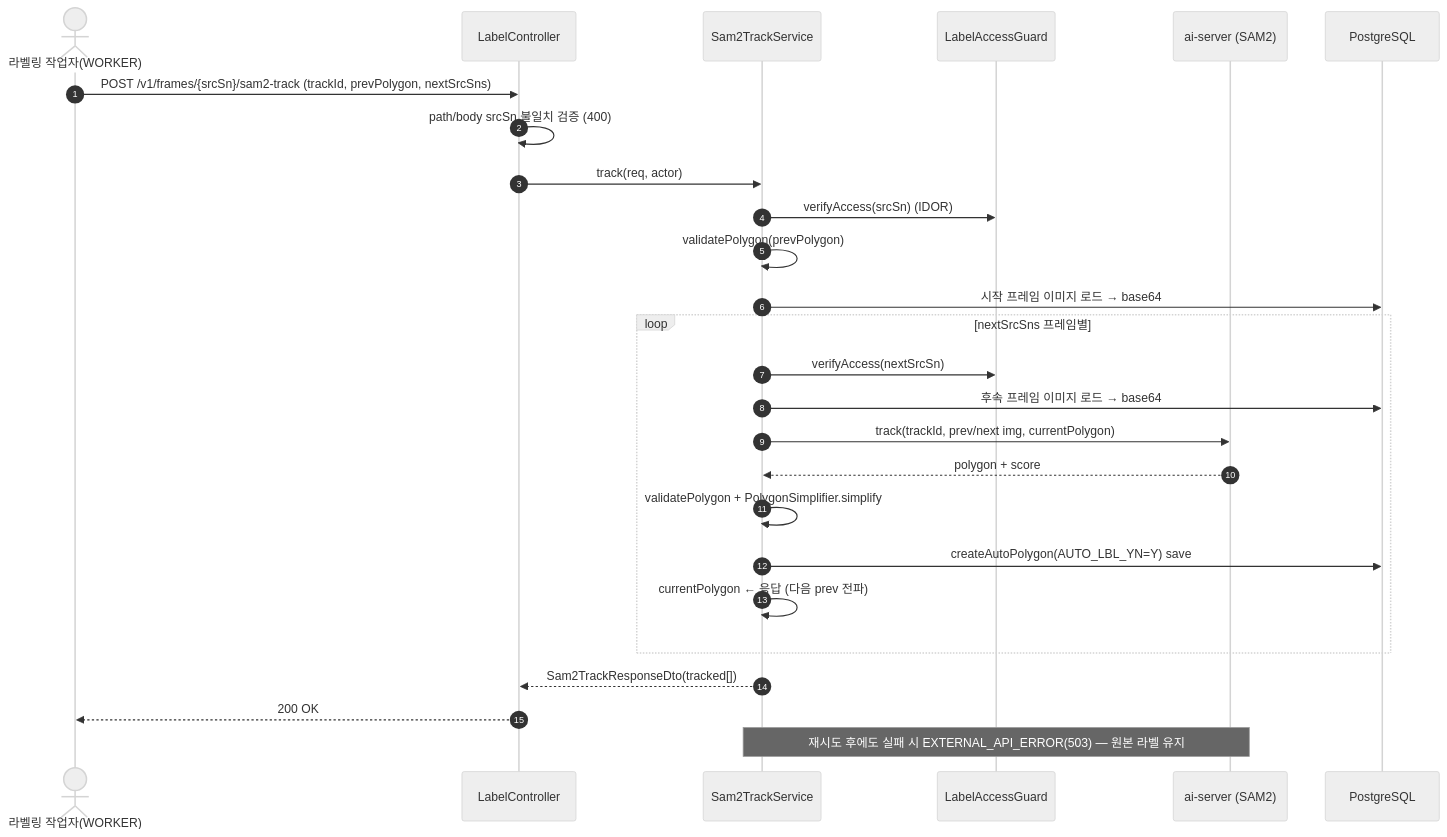
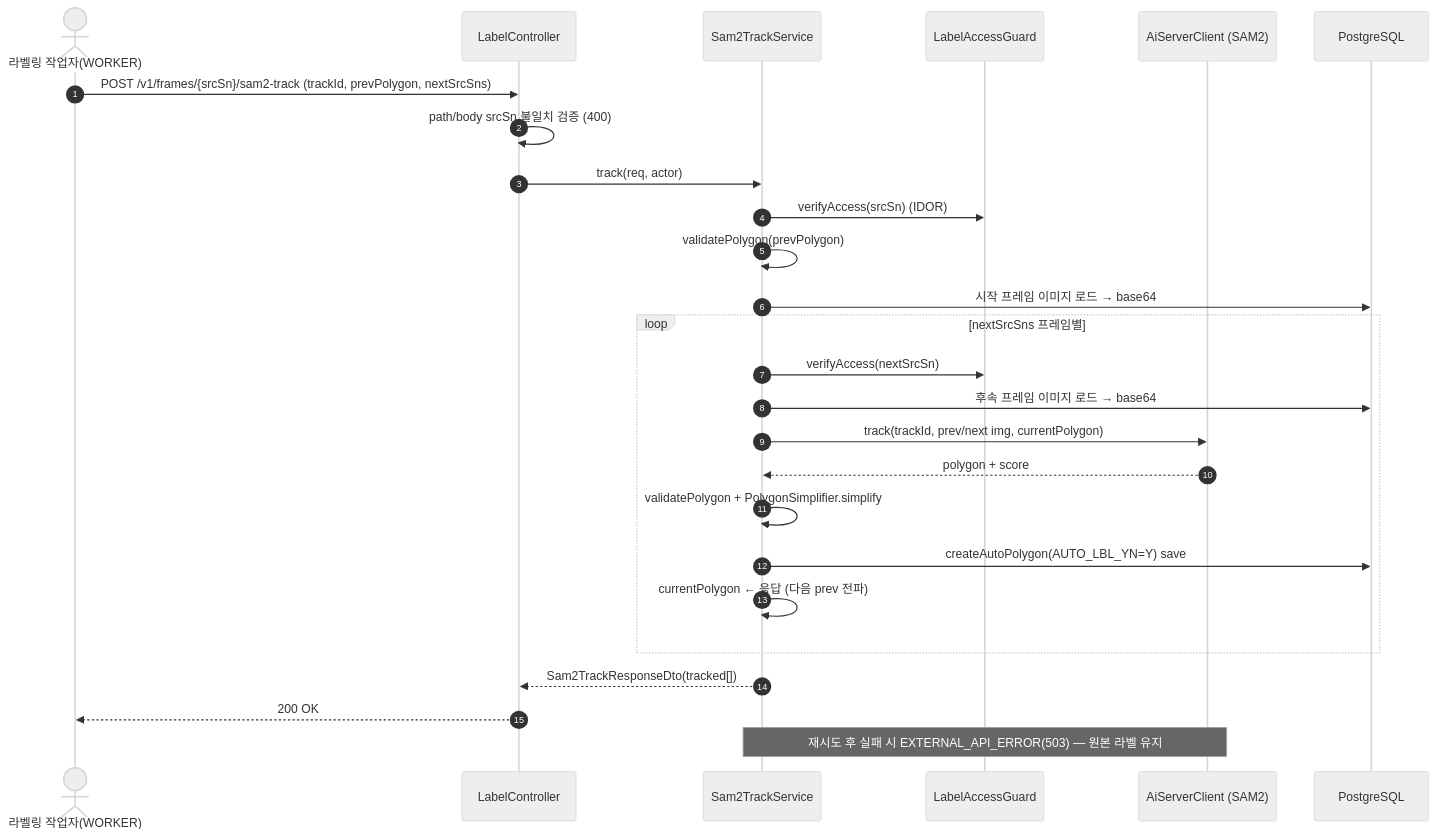
The fourth of 26 diagrams in docs/design/D1-클래스설계서.md (New-stella/klid-label), drawn with Mermaid (neutral theme) before and after one commit. The commit also changed other lines of this file and 6 other files, not shown here.

````diff
--- a/docs/design/D1-클래스설계서.md
+++ b/docs/design/D1-클래스설계서.md
@@ -453,29 +342,28 @@
 ```mermaid
 sequenceDiagram
     autonumber
     actor WK as 라벨링 작업자(WORKER)
     participant LC as LabelController
     participant STS as Sam2TrackService
     participant AG as LabelAccessGuard
-    participant AI as ai-server (SAM2)
+    participant AI as AiServerClient (SAM2)
     participant DB as PostgreSQL
-
     WK->>LC: POST /v1/frames/{srcSn}/sam2-track (trackId, prevPolygon, nextSrcSns)
     LC->>LC: path/body srcSn 불일치 검증 (400)
     LC->>STS: track(req, actor)
     STS->>AG: verifyAccess(srcSn) (IDOR)
     STS->>STS: validatePolygon(prevPolygon)
     STS->>DB: 시작 프레임 이미지 로드 → base64
     loop nextSrcSns 프레임별
         STS->>AG: verifyAccess(nextSrcSn)
         STS->>DB: 후속 프레임 이미지 로드 → base64
         STS->>AI: track(trackId, prev/next img, currentPolygon)
         AI-->>STS: polygon + score
         STS->>STS: validatePolygon + PolygonSimplifier.simplify
         STS->>DB: createAutoPolygon(AUTO_LBL_YN=Y) save
         STS->>STS: currentPolygon ← 응답 (다음 prev 전파)
     end
     STS-->>LC: Sam2TrackResponseDto(tracked[])
     LC-->>WK: 200 OK
-    Note over STS,AI: 재시도 후에도 실패 시 EXTERNAL_API_ERROR(503) — 원본 라벨 유지
+    Note over STS,AI: 재시도 후 실패 시 EXTERNAL_API_ERROR(503) — 원본 라벨 유지
 ```
````
